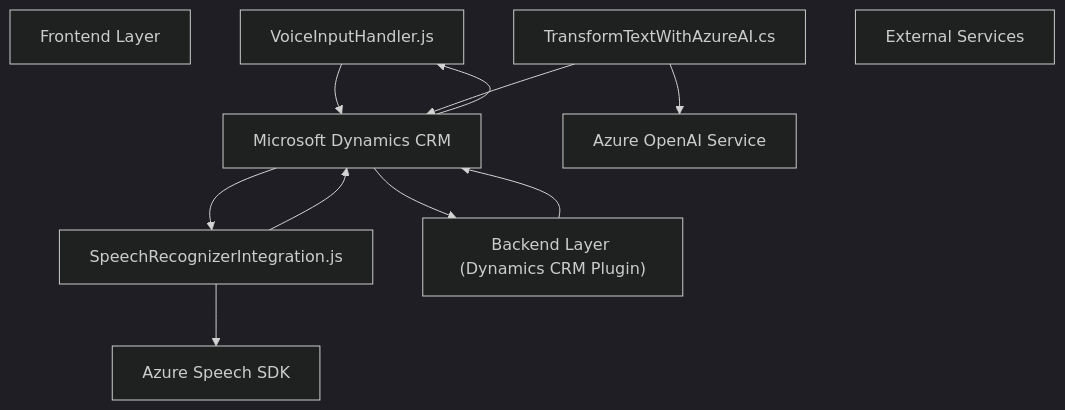
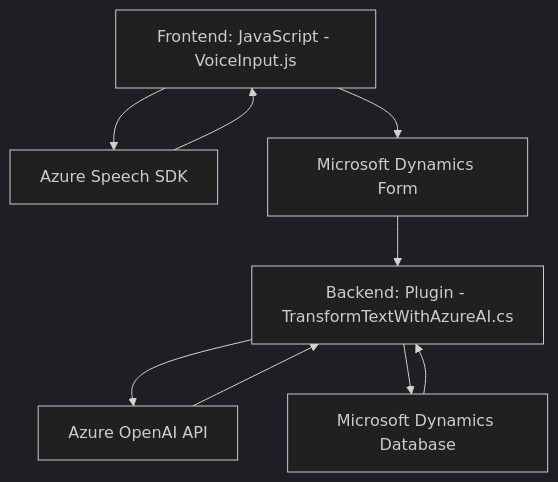
One commit to blopezdm/NETCORE_BILBAO2025 changed the diagram in README.md. Above: the diagram before and after it, drawn with Mermaid (dark theme). The commit also changed other lines of this file, not shown here.

````diff
--- a/README.md
+++ b/README.md
@@ -53,23 +42,18 @@
 ```mermaid
 graph TD
-    A["Frontend Layer"]
-    A1["VoiceInputHandler.js"]
-    A2["SpeechRecognizerIntegration.js"]
-    B["Backend Layer (Dynamics CRM Plugin)"]
-    B1["TransformTextWithAzureAI.cs"]
-    
-    C["Microsoft Dynamics CRM"]
-    D["External Services"]
-    D1["Azure Speech SDK"]
-    D2["Azure OpenAI Service"]
+    A["Frontend: JavaScript - VoiceInput.js"]
+    B["Azure Speech SDK"]
+    C["Microsoft Dynamics Form"]
+    D["Backend: Plugin - TransformTextWithAzureAI.cs"]
+    E["Azure OpenAI API"]
+    F["Microsoft Dynamics Database"]
 
-    A1 --> C
-    A2 --> C
-    B --> C
-    C --> A1
-    C --> A2
-    C --> B
-    A2 --> D1
-    B1 --> D2
-    B1 --> C
+    A --> B
+    A --> C
+    B --> A
+    C --> D
+    D --> E
+    E --> D
+    D --> F
+    F --> D
 ```
````
